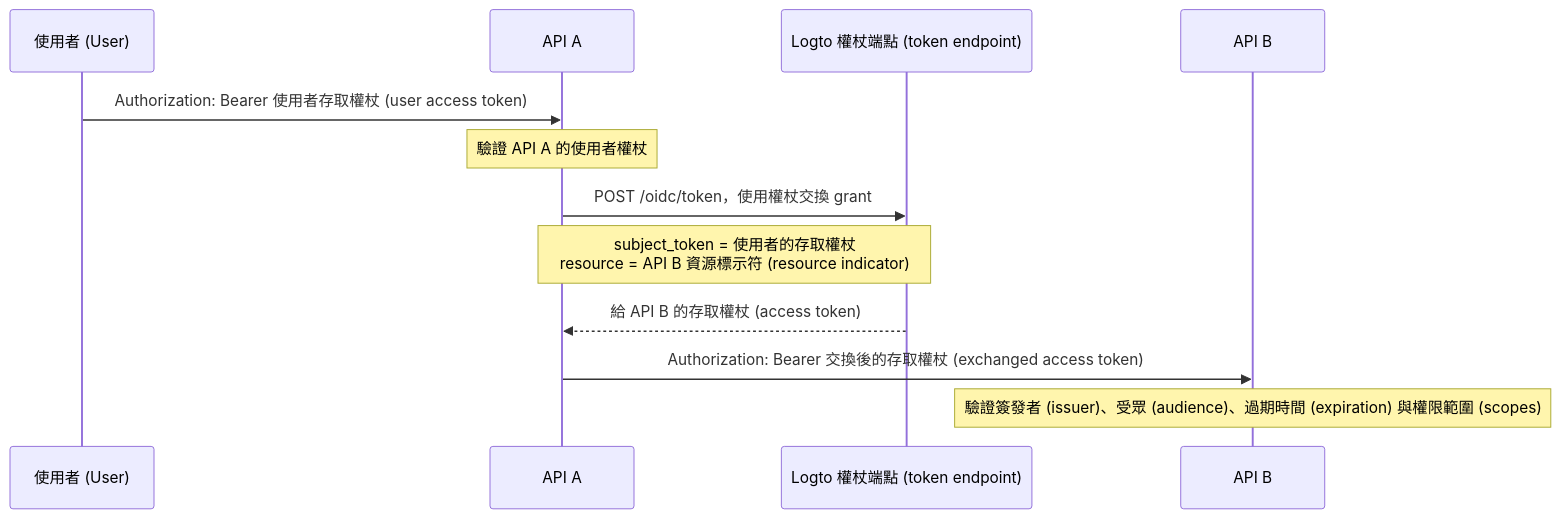
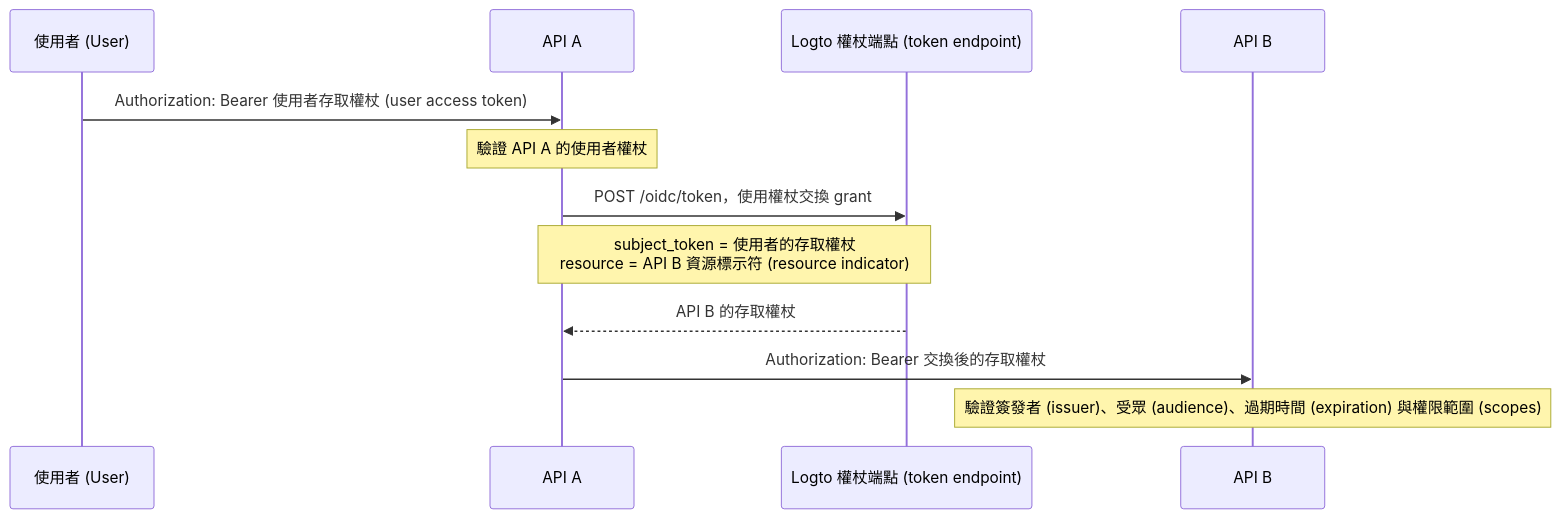
The diagram in i18n/zh-TW/docusaurus-plugin-content-docs/current/developers/service-to-service-delegation.mdx (logto-io/docs), drawn with Mermaid before and after one commit. The commit also changed other lines of this file and 161 other files, not shown here.

````diff
--- a/i18n/zh-TW/docusaurus-plugin-content-docs/current/developers/service-to-service-delegation.mdx
+++ b/i18n/zh-TW/docusaurus-plugin-content-docs/current/developers/service-to-service-delegation.mdx
@@ -40,17 +40,17 @@
 ```mermaid
 sequenceDiagram
     participant User as 使用者 (User)
     participant ApiA as API A
     participant Logto as Logto 權杖端點 (token endpoint)
     participant ApiB as API B
 
     User->>ApiA: Authorization: Bearer 使用者存取權杖 (user access token)
     Note over ApiA: 驗證 API A 的使用者權杖
 
     ApiA->>Logto: POST /oidc/token，使用權杖交換 grant
     Note over ApiA,Logto: subject_token = 使用者的存取權杖<br/>resource = API B 資源標示符 (resource indicator)
 
-    Logto-->>ApiA: 給 API B 的存取權杖 (access token)
-    ApiA->>ApiB: Authorization: Bearer 交換後的存取權杖 (exchanged access token)
+    Logto-->>ApiA: API B 的存取權杖
+    ApiA->>ApiB: Authorization: Bearer 交換後的存取權杖
     Note over ApiB: 驗證簽發者 (issuer)、受眾 (audience)、過期時間 (expiration) 與權限範圍 (scopes)
 ```
````
